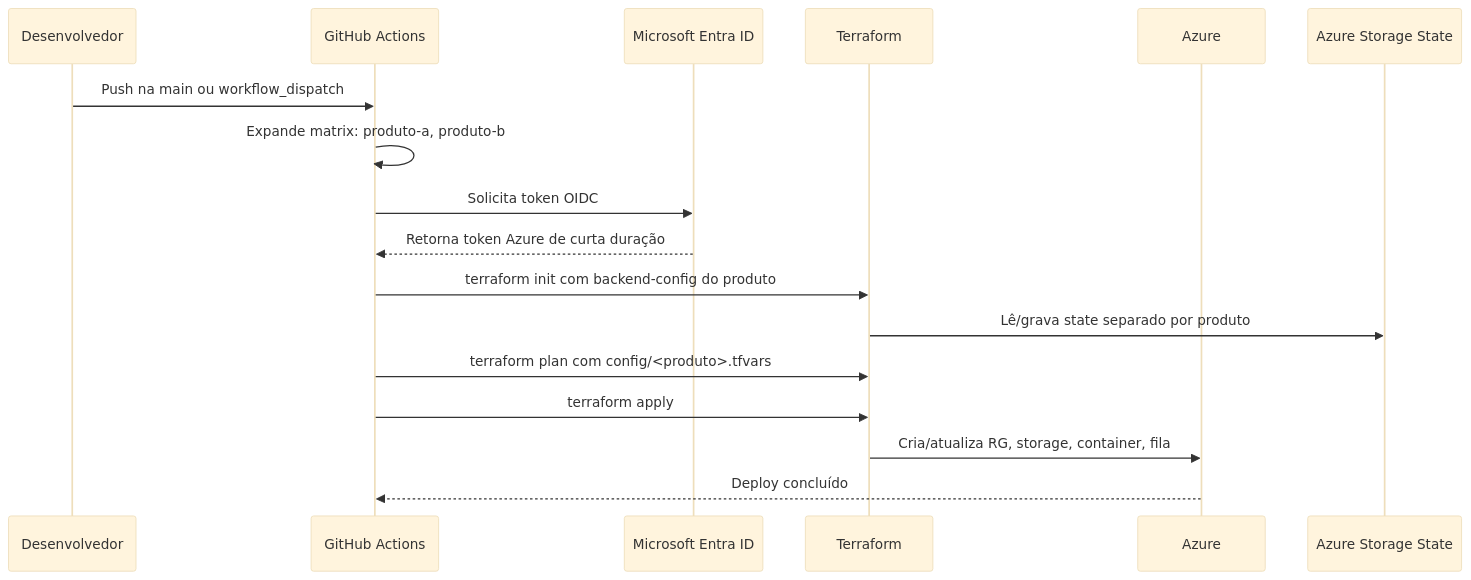
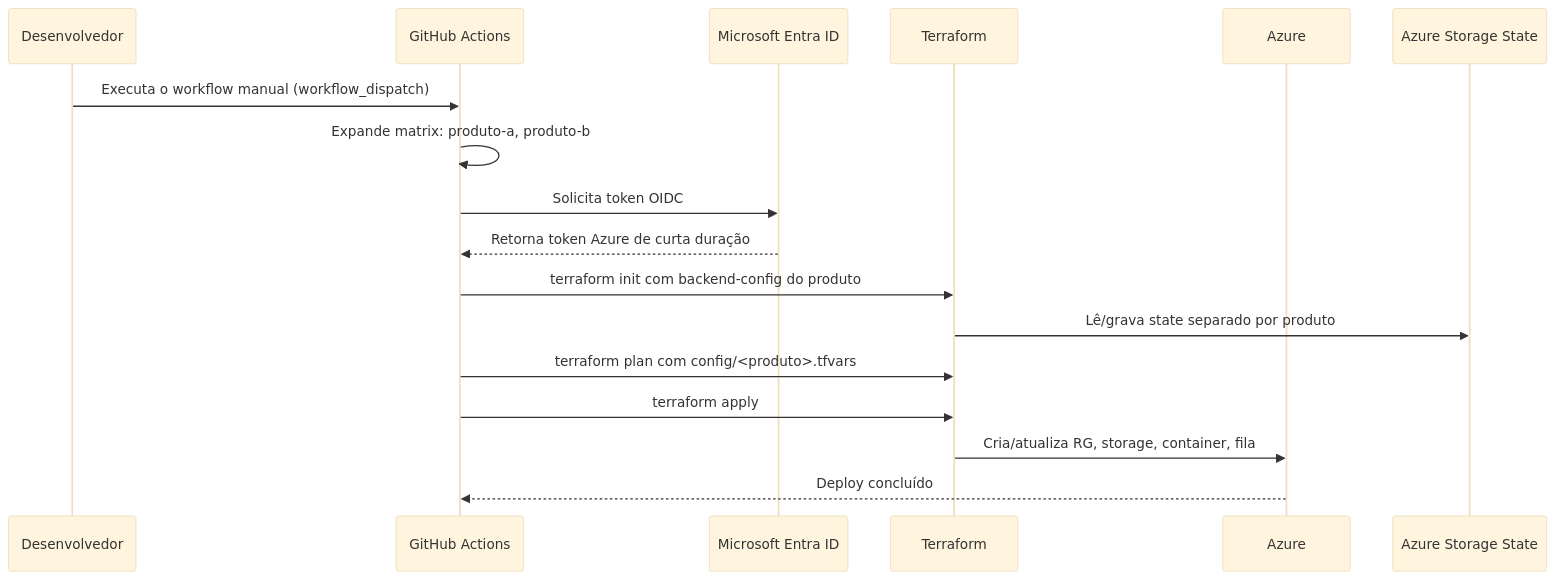
Before and after one commit to EdneiMonteiro/multi-product-terraform-github-actions: the third of 6 diagrams in docs/GUIA_POC.md, drawn with Mermaid (base theme). The commit also changed other lines of this file and 1 other file, not shown here.

````diff
--- a/docs/GUIA_POC.md
+++ b/docs/GUIA_POC.md
@@ -68,20 +68,20 @@
 ```mermaid
 sequenceDiagram
     participant Dev as Desenvolvedor
     participant GH as GitHub Actions
     participant Entra as Microsoft Entra ID
     participant TF as Terraform
     participant Azure as Azure
     participant State as Azure Storage State
 
-    Dev->>GH: Push na main ou workflow_dispatch
+    Dev->>GH: Executa o workflow manual (workflow_dispatch)
     GH->>GH: Expande matrix: produto-a, produto-b
     GH->>Entra: Solicita token OIDC
     Entra-->>GH: Retorna token Azure de curta duração
     GH->>TF: terraform init com backend-config do produto
     TF->>State: Lê/grava state separado por produto
     GH->>TF: terraform plan com config/<produto>.tfvars
     GH->>TF: terraform apply
     TF->>Azure: Cria/atualiza RG, storage, container, fila
     Azure-->>GH: Deploy concluído
 ```
````
